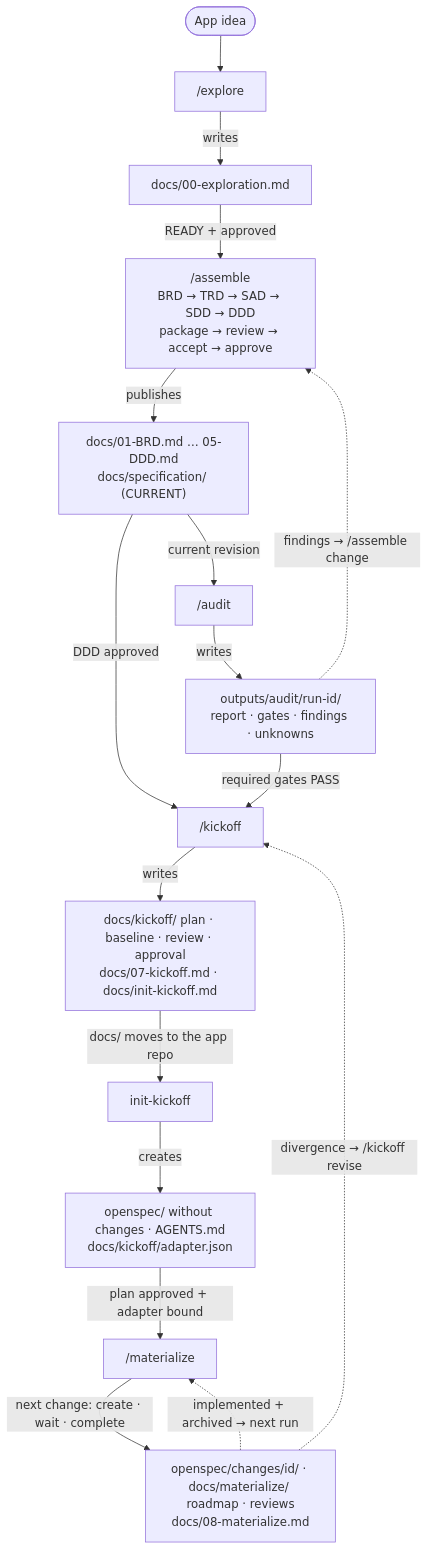
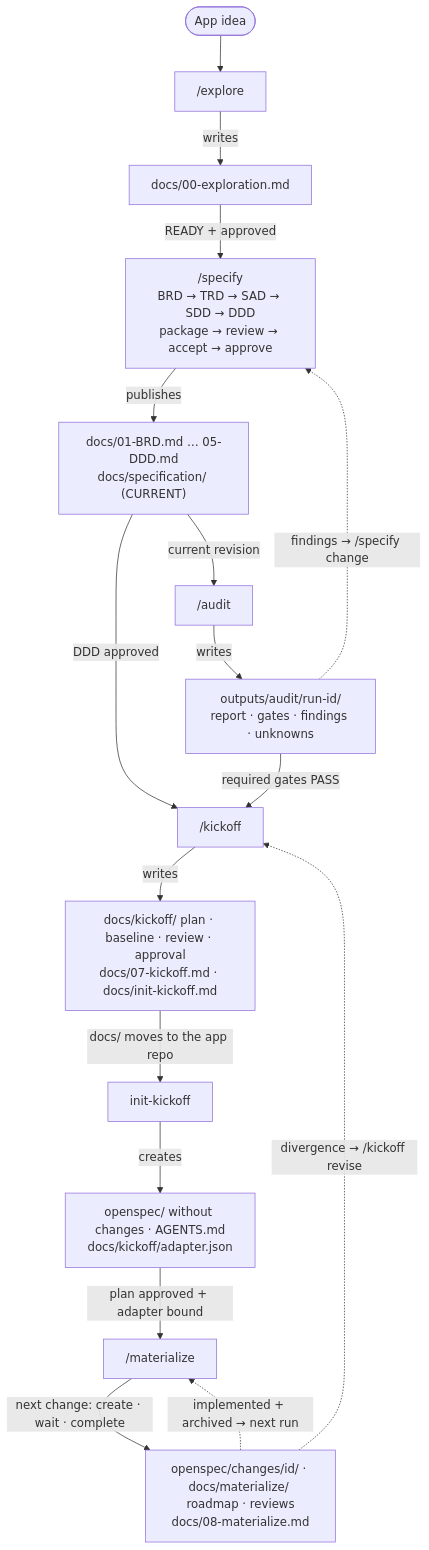
One commit to oastashev/claude-code-skills changed the diagram in README.md. Above: the diagram before and after it, drawn with Mermaid. The commit also changed other lines of this file and 20 other files, not shown here.

Commit message:
Renamed assemble to specify

````diff
--- a/README.md
+++ b/README.md
@@ -28,19 +28,19 @@
 ```mermaid
 flowchart TB
   idea([App idea]) --> explore["/explore"]
   explore -->|writes| X["docs/00-exploration.md"]
-  X -->|"READY + approved"| assemble["/assemble<br/>BRD → TRD → SAD → SDD → DDD<br/>package → review → accept → approve"]
-  assemble -->|publishes| S["docs/01-BRD.md … 05-DDD.md<br/>docs/specification/ (CURRENT)"]
+  X -->|"READY + approved"| specify["/specify<br/>BRD → TRD → SAD → SDD → DDD<br/>package → review → accept → approve"]
+  specify -->|publishes| S["docs/01-BRD.md … 05-DDD.md<br/>docs/specification/ (CURRENT)"]
   S -->|current revision| audit["/audit"]
   audit -->|writes| R["outputs/audit/run-id/<br/>report · gates · findings · unknowns"]
-  R -.->|"findings → /assemble change"| assemble
+  R -.->|"findings → /specify change"| specify
   S -->|"DDD approved"| kickoff["/kickoff"]
   R -->|"required gates PASS"| kickoff
   kickoff -->|writes| K["docs/kickoff/ plan · baseline · review · approval<br/>docs/07-kickoff.md · docs/init-kickoff.md"]
   K -->|"docs/ moves to the app repo"| init["init-kickoff"]
   init -->|creates| O["openspec/ without changes · AGENTS.md<br/>docs/kickoff/adapter.json"]
   O -->|"plan approved + adapter bound"| materialize["/materialize"]
   materialize -->|"next change: create · wait · complete"| C["openspec/changes/id/ · docs/materialize/ roadmap · reviews<br/>docs/08-materialize.md"]
   C -.->|"implemented + archived → next run"| materialize
   C -.->|"divergence → /kickoff revise"| kickoff
 ```
````
